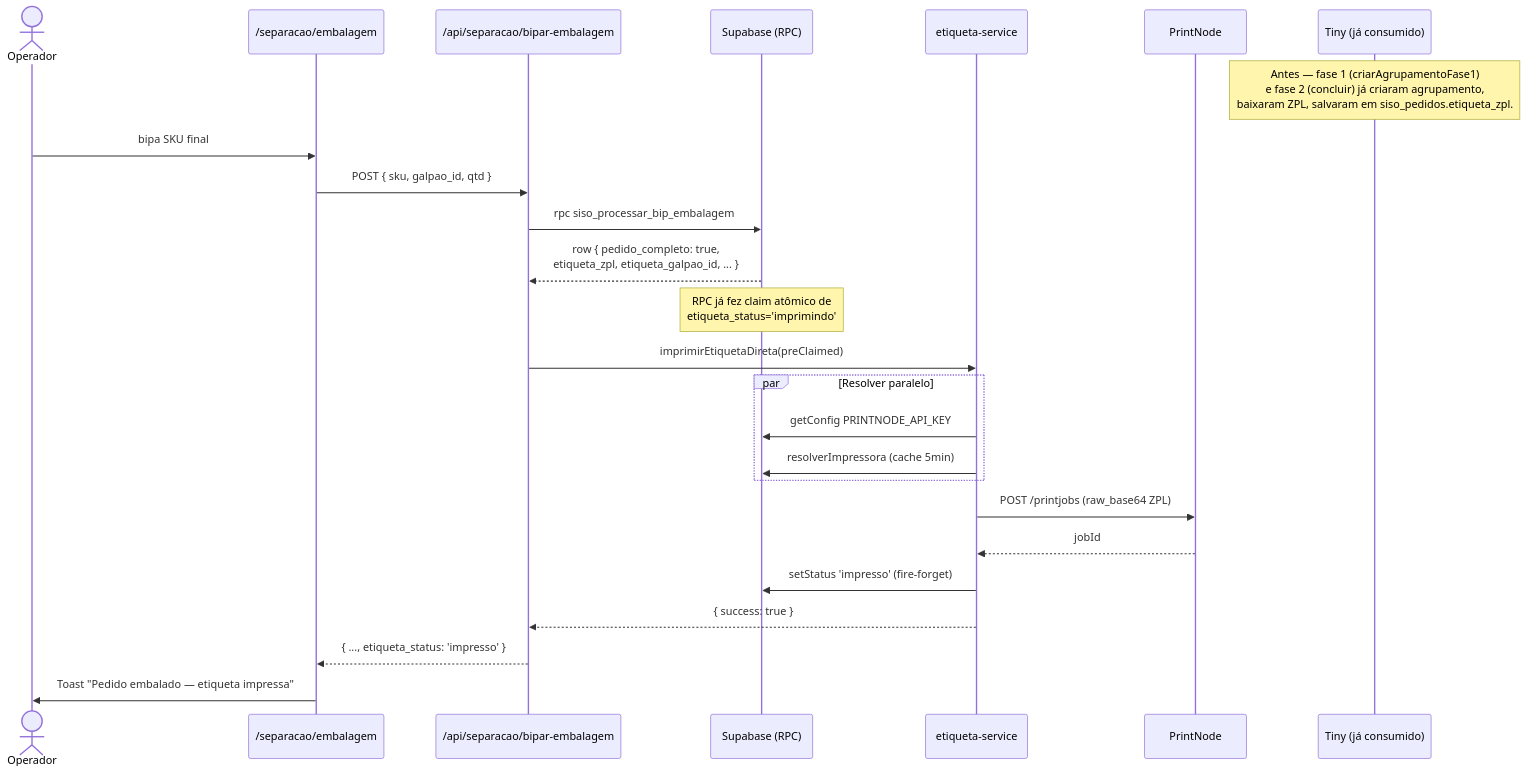
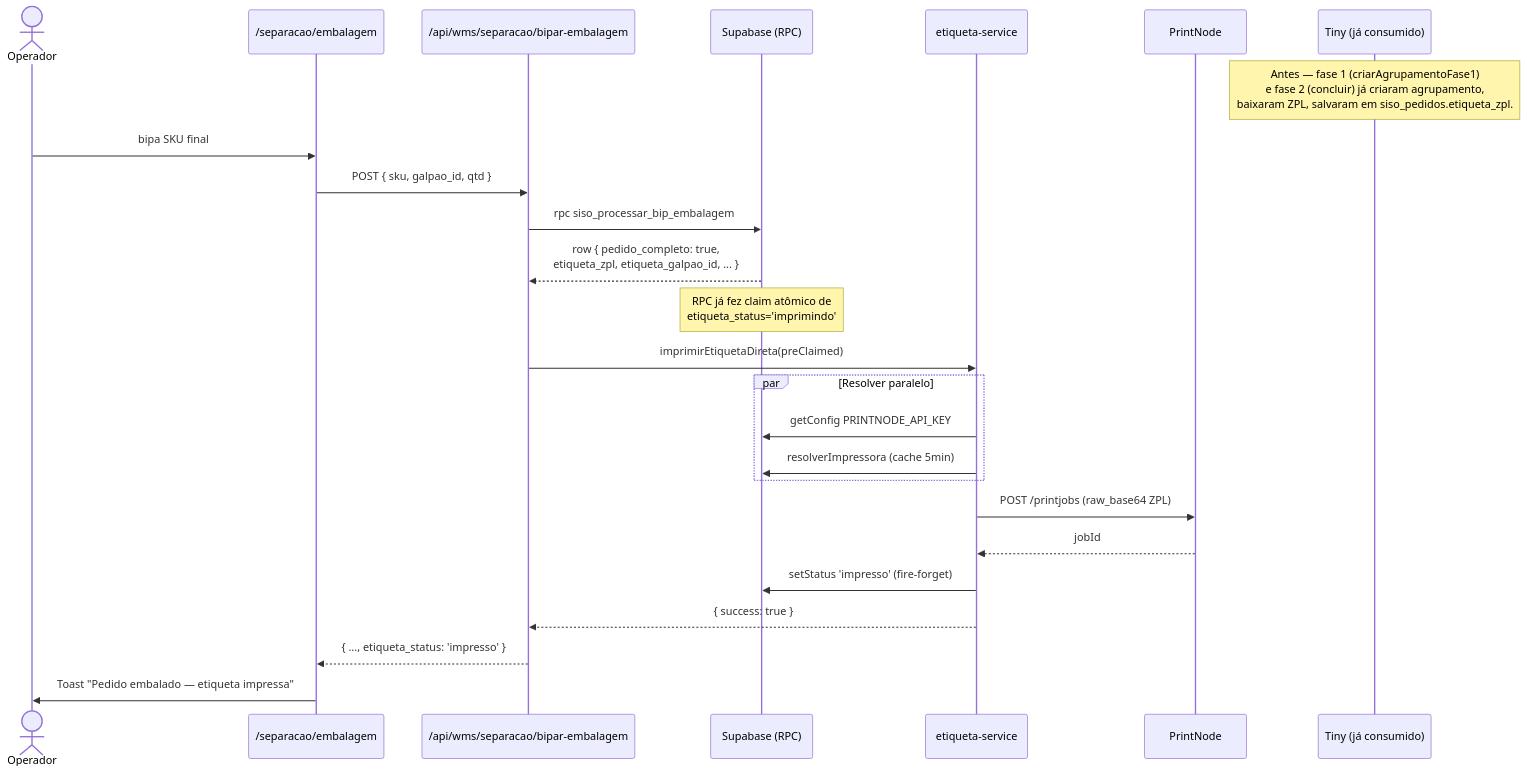
One commit to Eryk-dev/estoquelever changed the second of 4 diagrams in docs/fluxos/06-embalagem-expedicao-etiquetas.md. Above: the diagram before and after it, drawn with Mermaid. The commit also changed other lines of this file and 20 other files, not shown here.

````diff
--- a/docs/fluxos/06-embalagem-expedicao-etiquetas.md
+++ b/docs/fluxos/06-embalagem-expedicao-etiquetas.md
@@ -710,29 +712,29 @@
 ```mermaid
 sequenceDiagram
     actor Op as Operador
     participant UI as /separacao/embalagem
-    participant API as /api/separacao/bipar-embalagem
+    participant API as /api/wms/separacao/bipar-embalagem
     participant DB as Supabase (RPC)
     participant ES as etiqueta-service
     participant PN as PrintNode
     participant TZ as Tiny (já consumido)
 
     Note over TZ: Antes — fase 1 (criarAgrupamentoFase1)<br/>e fase 2 (concluir) já criaram agrupamento,<br/>baixaram ZPL, salvaram em siso_pedidos.etiqueta_zpl.
 
     Op->>UI: bipa SKU final
     UI->>API: POST { sku, galpao_id, qtd }
     API->>DB: rpc siso_processar_bip_embalagem
     DB-->>API: row { pedido_completo: true,<br/>etiqueta_zpl, etiqueta_galpao_id, ... }
     Note over DB: RPC já fez claim atômico de<br/>etiqueta_status='imprimindo'
     API->>ES: imprimirEtiquetaDireta(preClaimed)
     par Resolver paralelo
         ES->>DB: getConfig PRINTNODE_API_KEY
         ES->>DB: resolverImpressora (cache 5min)
     end
     ES->>PN: POST /printjobs (raw_base64 ZPL)
     PN-->>ES: jobId
     ES->>DB: setStatus 'impresso' (fire-forget)
     ES-->>API: { success: true }
     API-->>UI: { ..., etiqueta_status: 'impresso' }
     UI->>Op: Toast "Pedido embalado — etiqueta impressa"
 ```
````
